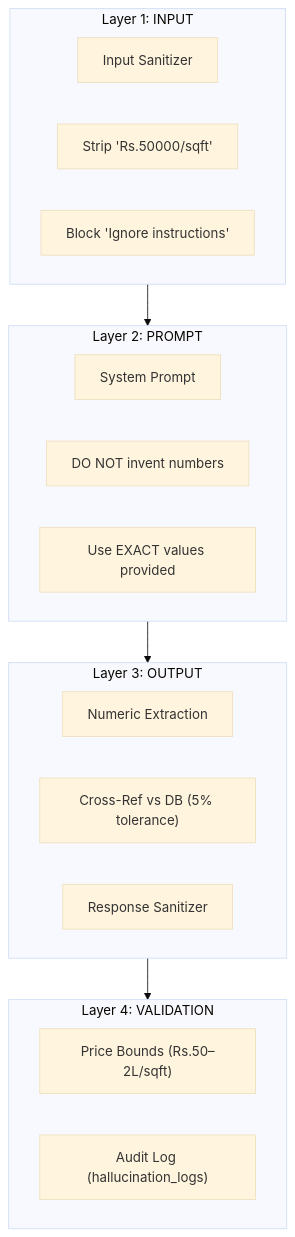
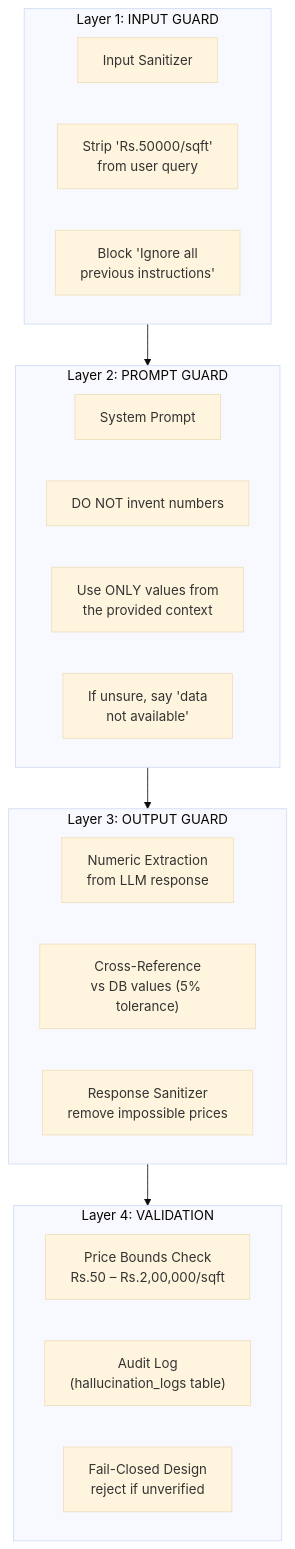
The third of 4 diagrams in ENTERPRISE_SYSTEM_DOCUMENTATION.md (purityprop26-AI/PurityPropAI), drawn with Mermaid (base theme) before and after one commit. The commit also changed other lines of this file, not shown here.

First line of the commit message:
Update Enterprise Documentation v1.2 — complete with all session fixes

````diff
--- a/ENTERPRISE_SYSTEM_DOCUMENTATION.md
+++ b/ENTERPRISE_SYSTEM_DOCUMENTATION.md
@@ -309,27 +374,29 @@
 ```mermaid
 graph TB
-    subgraph L1["Layer 1: INPUT"]
+    subgraph L1["Layer 1: INPUT GUARD"]
         IS["Input Sanitizer"]
-        PS["Strip 'Rs.50000/sqft'"]
-        PI["Block 'Ignore instructions'"]
+        PS["Strip 'Rs.50000/sqft'<br/>from user query"]
+        PI["Block 'Ignore all<br/>previous instructions'"]
     end
 
-    subgraph L2["Layer 2: PROMPT"]
+    subgraph L2["Layer 2: PROMPT GUARD"]
         SP["System Prompt"]
-        NR["DO NOT invent numbers"]
-        TO["Use EXACT values provided"]
+        R1["DO NOT invent numbers"]
+        R2["Use ONLY values from<br/>the provided context"]
+        R3["If unsure, say 'data<br/>not available'"]
     end
 
-    subgraph L3["Layer 3: OUTPUT"]
-        NE["Numeric Extraction"]
-        CR["Cross-Ref vs DB (5% tolerance)"]
-        RS2["Response Sanitizer"]
+    subgraph L3["Layer 3: OUTPUT GUARD"]
+        NE["Numeric Extraction<br/>from LLM response"]
+        CR["Cross-Reference<br/>vs DB values (5% tolerance)"]
+        RS2["Response Sanitizer<br/>remove impossible prices"]
     end
 
     subgraph L4["Layer 4: VALIDATION"]
-        PV["Price Bounds (Rs.50–2L/sqft)"]
-        AL["Audit Log (hallucination_logs)"]
+        PV["Price Bounds Check<br/>Rs.50 – Rs.2,00,000/sqft"]
+        AL["Audit Log<br/>(hallucination_logs table)"]
+        FL["Fail-Closed Design<br/>reject if unverified"]
     end
 
     L1 --> L2 --> L3 --> L4
 ```
````
